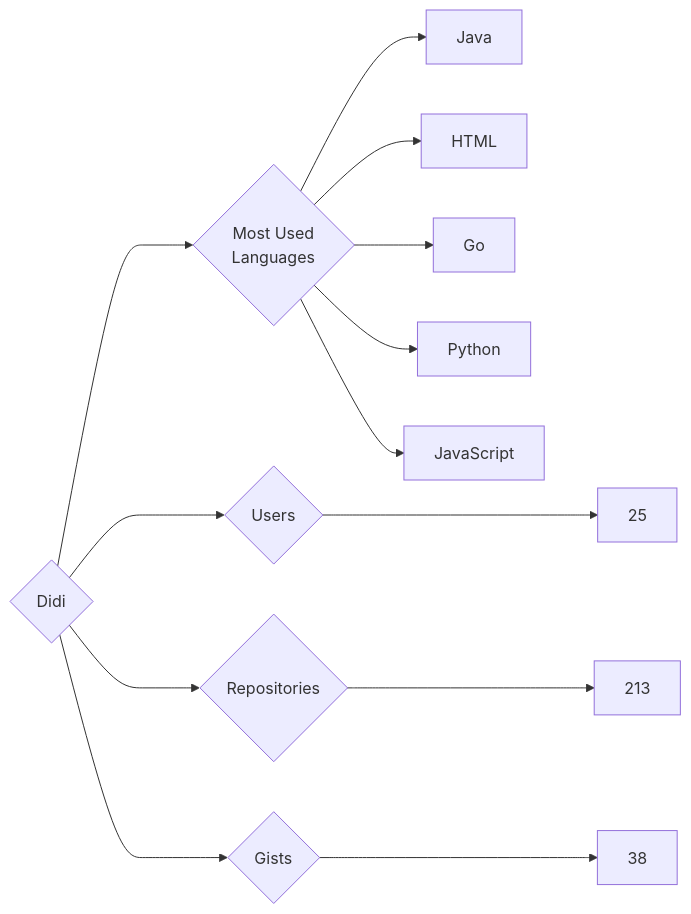
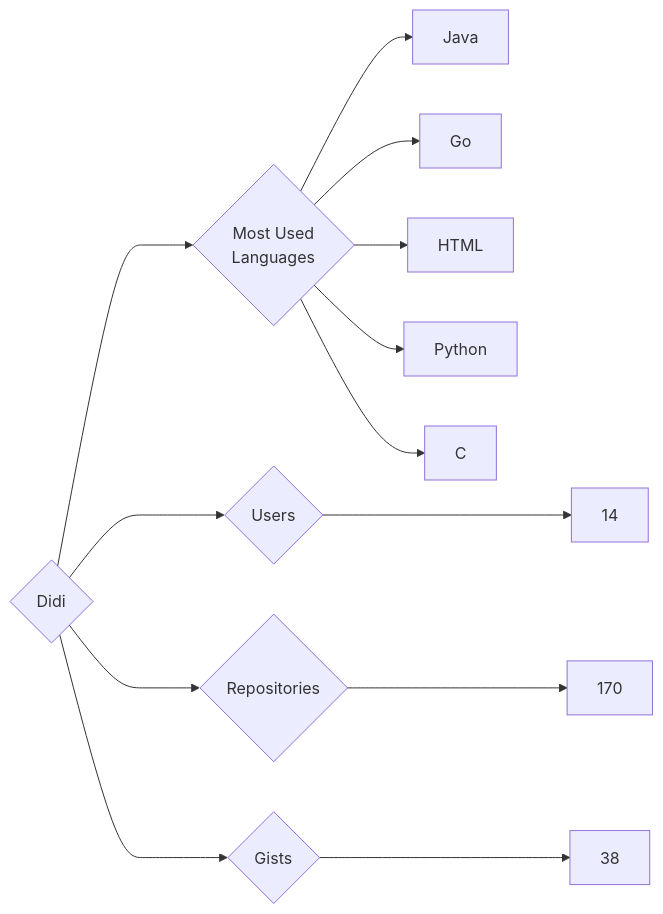
Before and after one commit to trickest/insiders: the diagram in targets/Didi/README.md, drawn with Mermaid. The commit also changed 681 other files, not shown here.

````diff
--- a/targets/Didi/README.md
+++ b/targets/Didi/README.md
@@ -3,13 +3,13 @@
 ```mermaid
 graph LR
 COMPANY_NAME{Didi}
-COMPANY_NAME ---> U{Users} ---> UN[25]
-COMPANY_NAME ---> R{Repositories} ---> RN[213]
+COMPANY_NAME ---> U{Users} ---> UN[14]
+COMPANY_NAME ---> R{Repositories} ---> RN[170]
 COMPANY_NAME ---> G{Gists} ---> GN[38]
 COMPANY_NAME ---> ML{Most Used<br>Languages}
 ML --> Java[Java]
+ML --> Go[Go]
 ML --> HTML[HTML]
-ML --> Go[Go]
 ML --> Python[Python]
-ML --> JavaScript[JavaScript]
+ML --> C[C]
 ```
````
